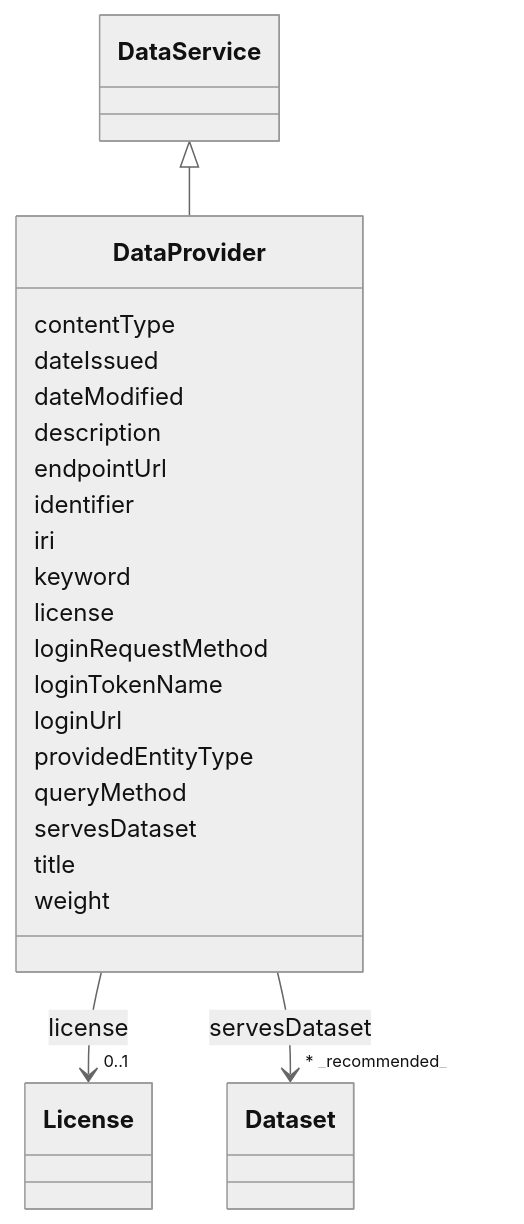
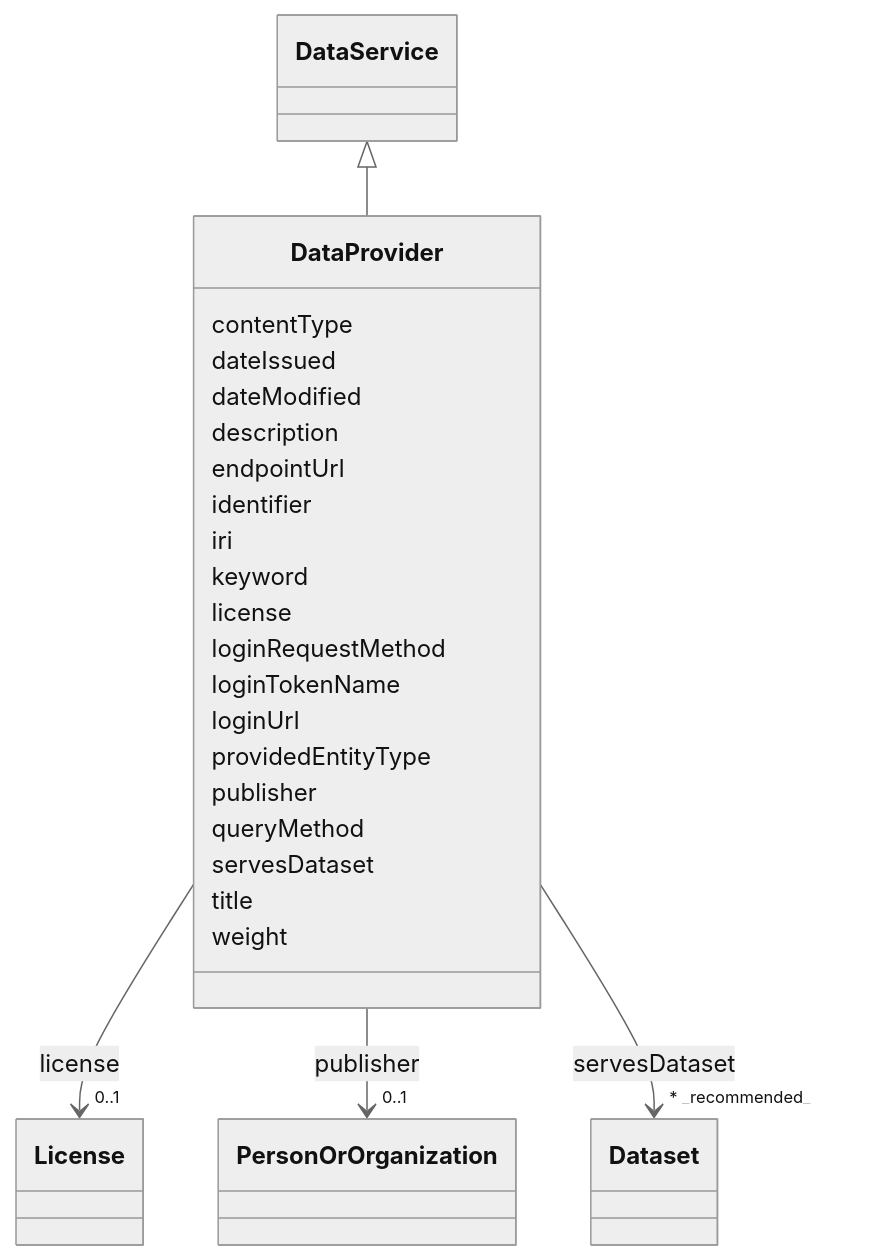
The diagram in models/docs/DataProvider.md (EVORA-project/evora-ontology), drawn with Mermaid (neutral theme) before and after one commit. The commit also changed other lines of this file and 468 other files, not shown here.

````diff
--- a/models/docs/DataProvider.md
+++ b/models/docs/DataProvider.md
@@ -19,57 +19,66 @@
 ```mermaid
  classDiagram
     class DataProvider
     click DataProvider href "../DataProvider"
       DataService <|-- DataProvider
         click DataService href "../DataService"
       
       DataProvider : contentType
         
       DataProvider : dateIssued
         
       DataProvider : dateModified
         
       DataProvider : description
         
       DataProvider : endpointUrl
         
       DataProvider : identifier
         
       DataProvider : iri
         
       DataProvider : keyword
         
       DataProvider : license
         
           
     
     
     DataProvider --> "0..1" License : license
     click License href "../License"
 
         
       DataProvider : loginRequestMethod
         
       DataProvider : loginTokenName
         
       DataProvider : loginUrl
         
       DataProvider : providedEntityType
         
+      DataProvider : publisher
+        
+          
+    
+    
+    DataProvider --> "0..1" PersonOrOrganization : publisher
+    click PersonOrOrganization href "../PersonOrOrganization"
+
+        
       DataProvider : queryMethod
         
       DataProvider : servesDataset
         
           
     
     
     DataProvider --> "* _recommended_" Dataset : servesDataset
     click Dataset href "../Dataset"
 
         
       DataProvider : title
         
       DataProvider : weight
         
       
 ```
````
